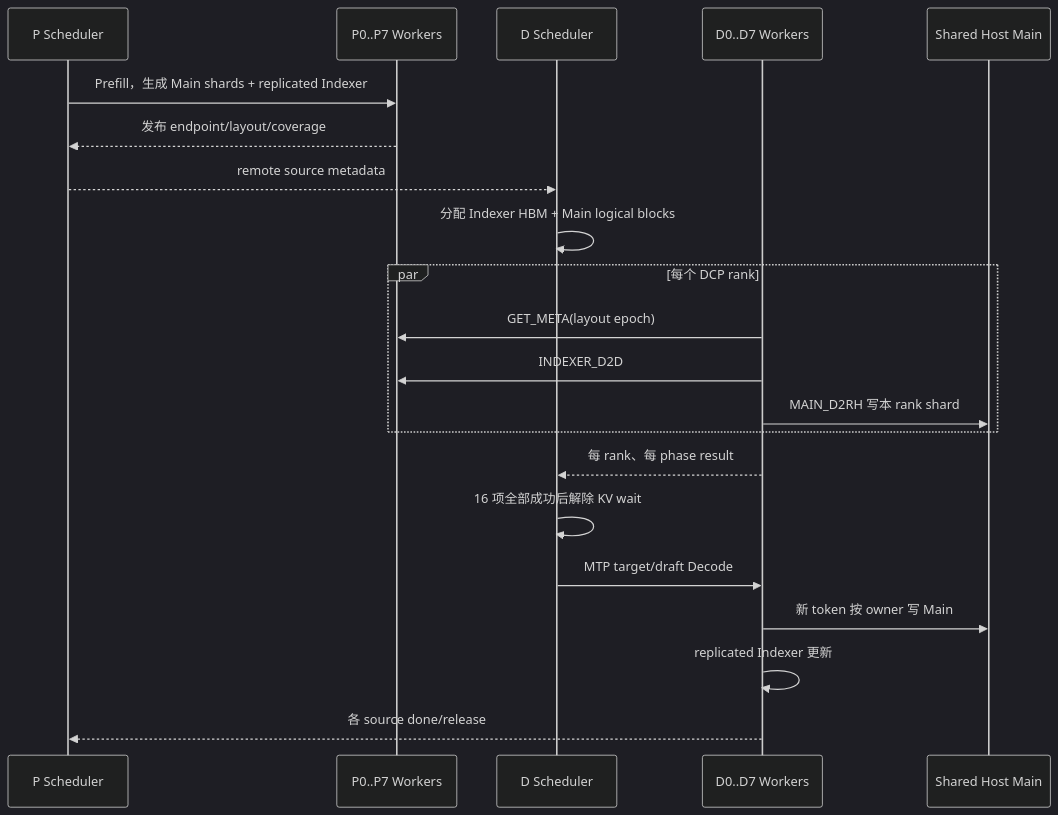
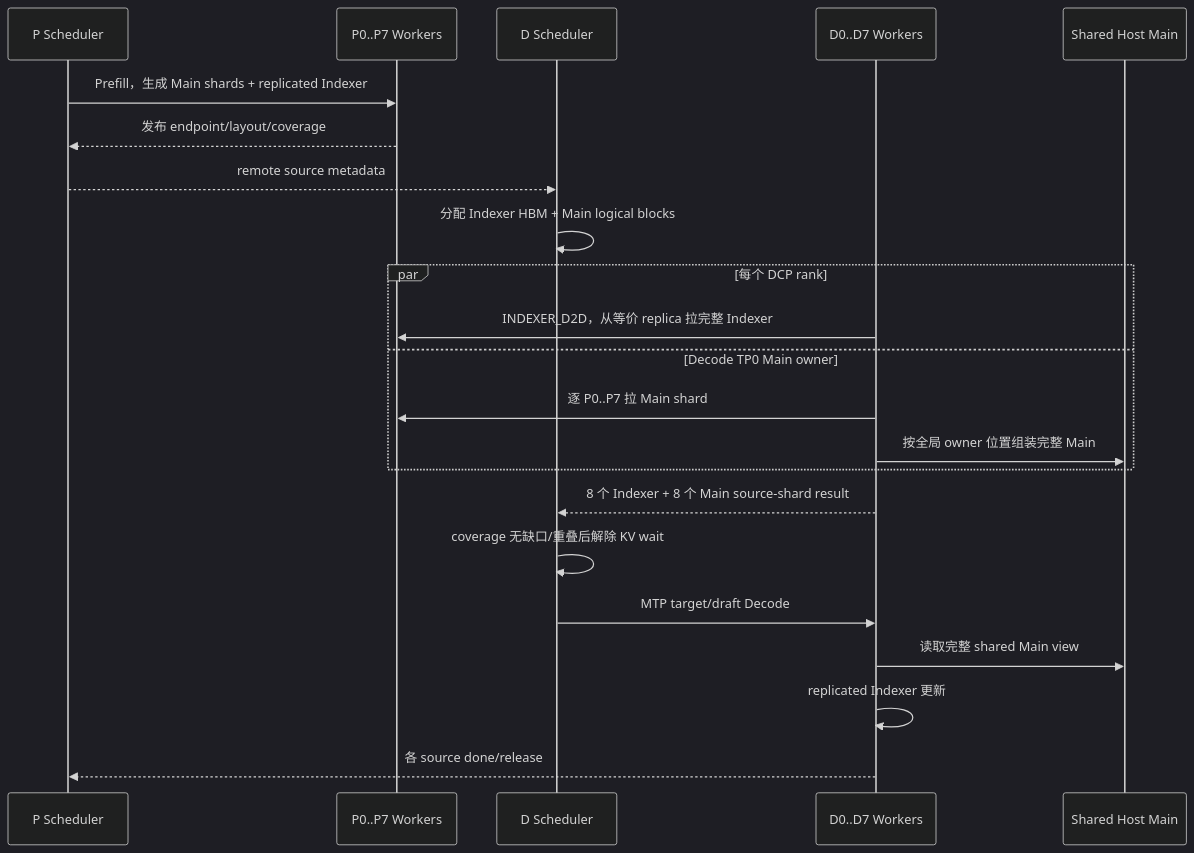
Before and after one commit to lsjfy-open-com/vllm-ascend: the second of 2 diagrams in docs/blockwise_dcp88_design_review.md, drawn with Mermaid (dark theme). The commit also changed other lines of this file and 1 other file, not shown here.

First line of the commit message:
docs(kv-transfer): correct DCP Main ownership analysis

````diff
--- a/docs/blockwise_dcp88_design_review.md
+++ b/docs/blockwise_dcp88_design_review.md
@@ -228,24 +255,25 @@
 ```mermaid
 sequenceDiagram
     participant PS as P Scheduler
     participant P as P0..P7 Workers
     participant DS as D Scheduler
     participant D as D0..D7 Workers
     participant H as Shared Host Main
 
     PS->>P: Prefill，生成 Main shards + replicated Indexer
     P-->>PS: 发布 endpoint/layout/coverage
     PS-->>DS: remote source metadata
     DS->>DS: 分配 Indexer HBM + Main logical blocks
     par 每个 DCP rank
-        D->>P: GET_META(layout epoch)
-        D->>P: INDEXER_D2D
-        D->>H: MAIN_D2RH 写本 rank shard
+        D->>P: INDEXER_D2D，从等价 replica 拉完整 Indexer
+    and Decode TP0 Main owner
+        D->>P: 逐 P0..P7 拉 Main shard
+        D->>H: 按全局 owner 位置组装完整 Main
     end
-    D-->>DS: 每 rank、每 phase result
-    DS->>DS: 16 项全部成功后解除 KV wait
+    D-->>DS: 8 个 Indexer + 8 个 Main source-shard result
+    DS->>DS: coverage 无缺口/重叠后解除 KV wait
     DS->>D: MTP target/draft Decode
-    D->>H: 新 token 按 owner 写 Main
+    D->>H: 读取完整 shared Main view
     D->>D: replicated Indexer 更新
     D-->>PS: 各 source done/release
 ```
````
